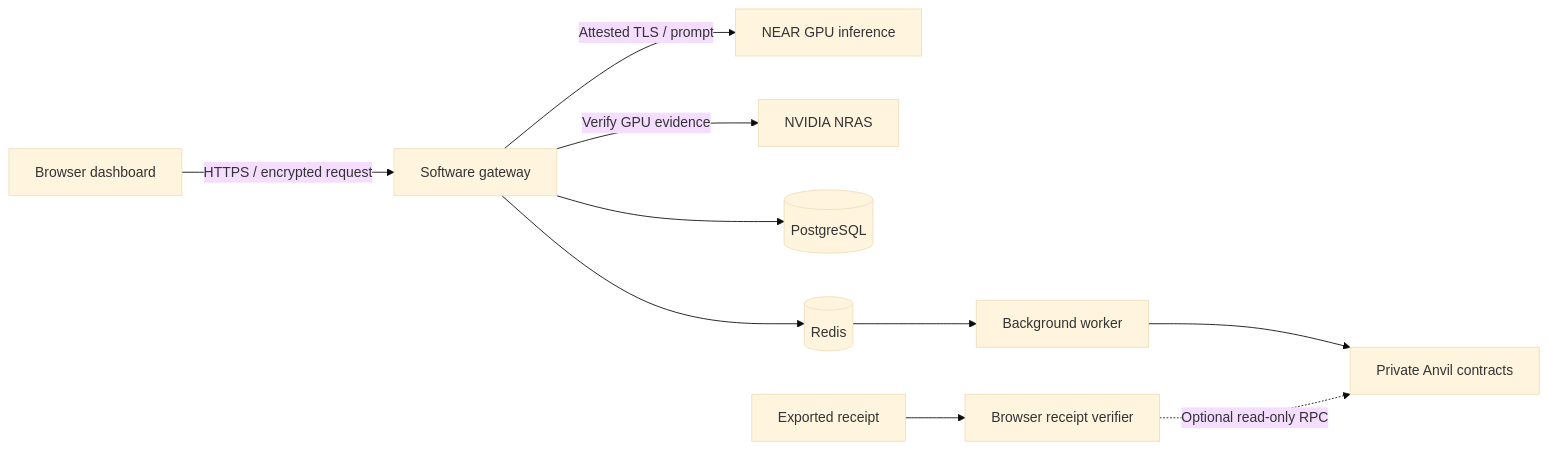
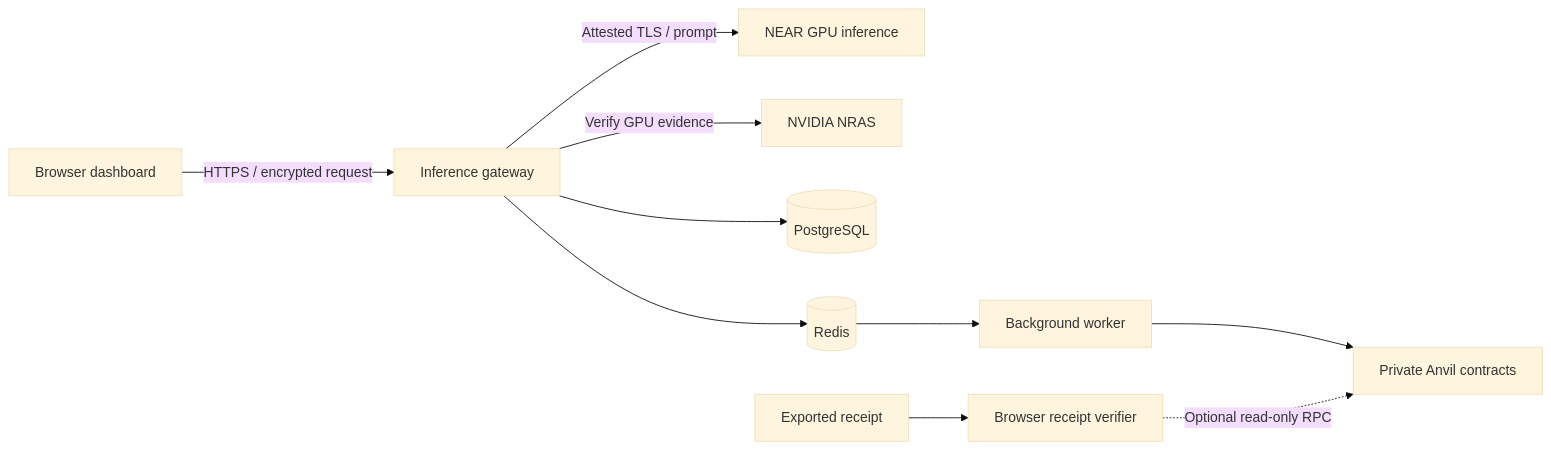
The diagram in docs/architecture.md (nerdenpad/enclave-developer), drawn with Mermaid (base theme) before and after one commit. The commit also changed other lines of this file and 16 other files, not shown here.

Commit message:
Refresh public roadmap and release documentation

````diff
--- a/docs/architecture.md
+++ b/docs/architecture.md
@@ -5,12 +5,12 @@
 ```mermaid
 flowchart LR
-    Browser[Browser dashboard] -->|HTTPS / encrypted request| Gateway[Software gateway]
+    Browser[Browser dashboard] -->|HTTPS / encrypted request| Gateway[Inference gateway]
     Gateway -->|Attested TLS / prompt| NEAR[NEAR GPU inference]
     Gateway -->|Verify GPU evidence| NVIDIA[NVIDIA NRAS]
     Gateway --> DB[(PostgreSQL)]
     Gateway --> Queue[(Redis)]
     Queue --> Worker[Background worker]
     Worker --> Chain[Private Anvil contracts]
     Receipt[Exported receipt] --> Verify[Browser receipt verifier]
     Verify -. Optional read-only RPC .-> Chain
 ```
````
